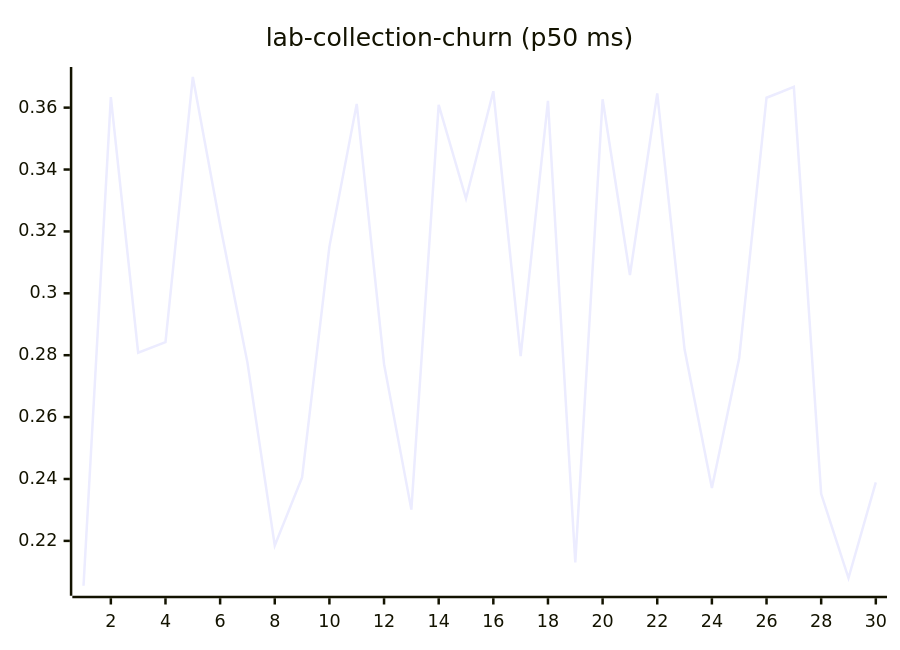
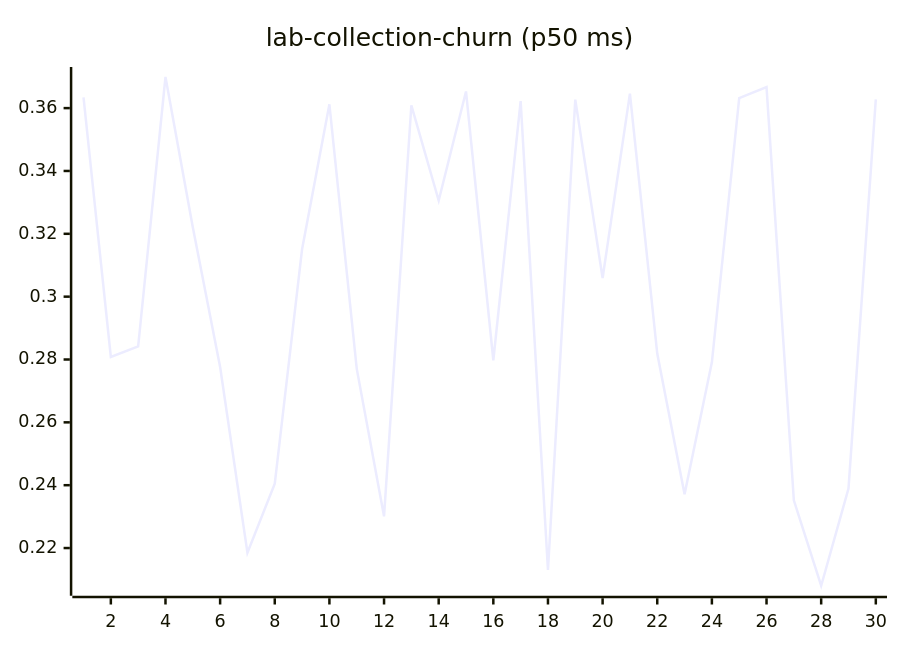
One commit to josha/Facet changed diagram 11 of 27 in README.md. Above: the diagram before and after it, drawn with Mermaid. The commit also changed other lines of this file and 2 other files, not shown here.

````diff
--- a/README.md
+++ b/README.md
@@ -133,6 +133,6 @@
 ```mermaid
 xychart-beta
     title "lab-collection-churn (p50 ms)"
     x-axis 1 --> 30
-    line [0.2055, 0.3634, 0.2808, 0.2842, 0.3699, 0.3221, 0.2776, 0.2185, 0.2405, 0.3151, 0.3612, 0.2771, 0.2301, 0.3609, 0.3306, 0.3653, 0.2797, 0.3622, 0.2130, 0.3627, 0.3059, 0.3646, 0.2819, 0.2371, 0.2791, 0.3632, 0.3667, 0.2352, 0.2080, 0.2389]
+    line [0.3634, 0.2808, 0.2842, 0.3699, 0.3221, 0.2776, 0.2185, 0.2405, 0.3151, 0.3612, 0.2771, 0.2301, 0.3609, 0.3306, 0.3653, 0.2797, 0.3622, 0.2130, 0.3627, 0.3059, 0.3646, 0.2819, 0.2371, 0.2791, 0.3632, 0.3667, 0.2352, 0.2080, 0.2389, 0.3628]
 ```
````
